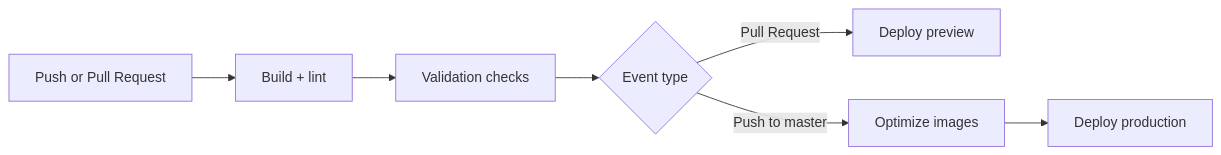
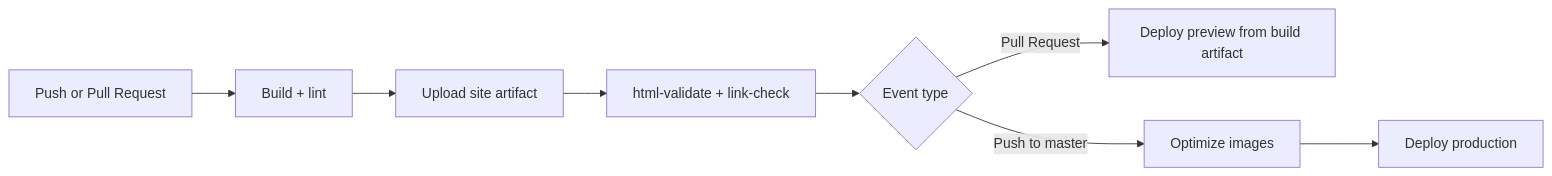
The second of 2 diagrams in content/posts/revamping-my-blog/index.md (raulcorreia7/blog), drawn with Mermaid before and after one commit. The commit also changed other lines of this file and 3 other files, not shown here.

```diff
--- a/content/posts/revamping-my-blog/index.md
+++ b/content/posts/revamping-my-blog/index.md
@@ -47,9 +49,10 @@
 {{< mermaid >}}
 flowchart LR
 A[Push or Pull Request] --> B[Build + lint]
-B --> C[Validation checks]
-C --> D{Event type}
-D -->|Pull Request| E[Deploy preview]
-D -->|Push to master| F[Optimize images]
-F --> G[Deploy production]
+B --> C[Upload site artifact]
+C --> D[html-validate + link-check]
+D --> E{Event type}
+E -->|Pull Request| F[Deploy preview from build artifact]
+E -->|Push to master| G[Optimize images]
+G --> H[Deploy production]
 {{< /mermaid >}}
```
